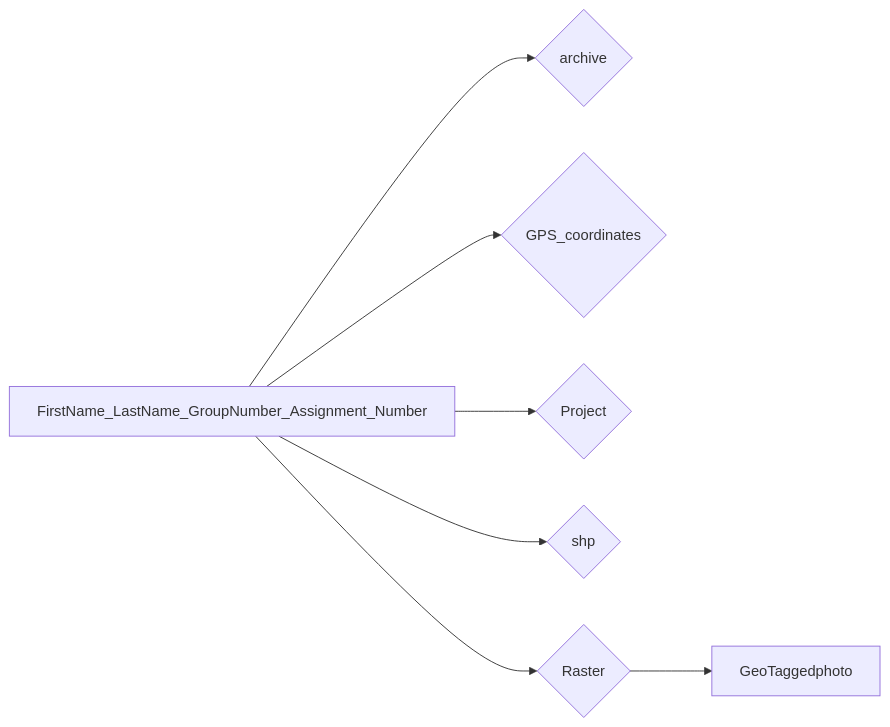
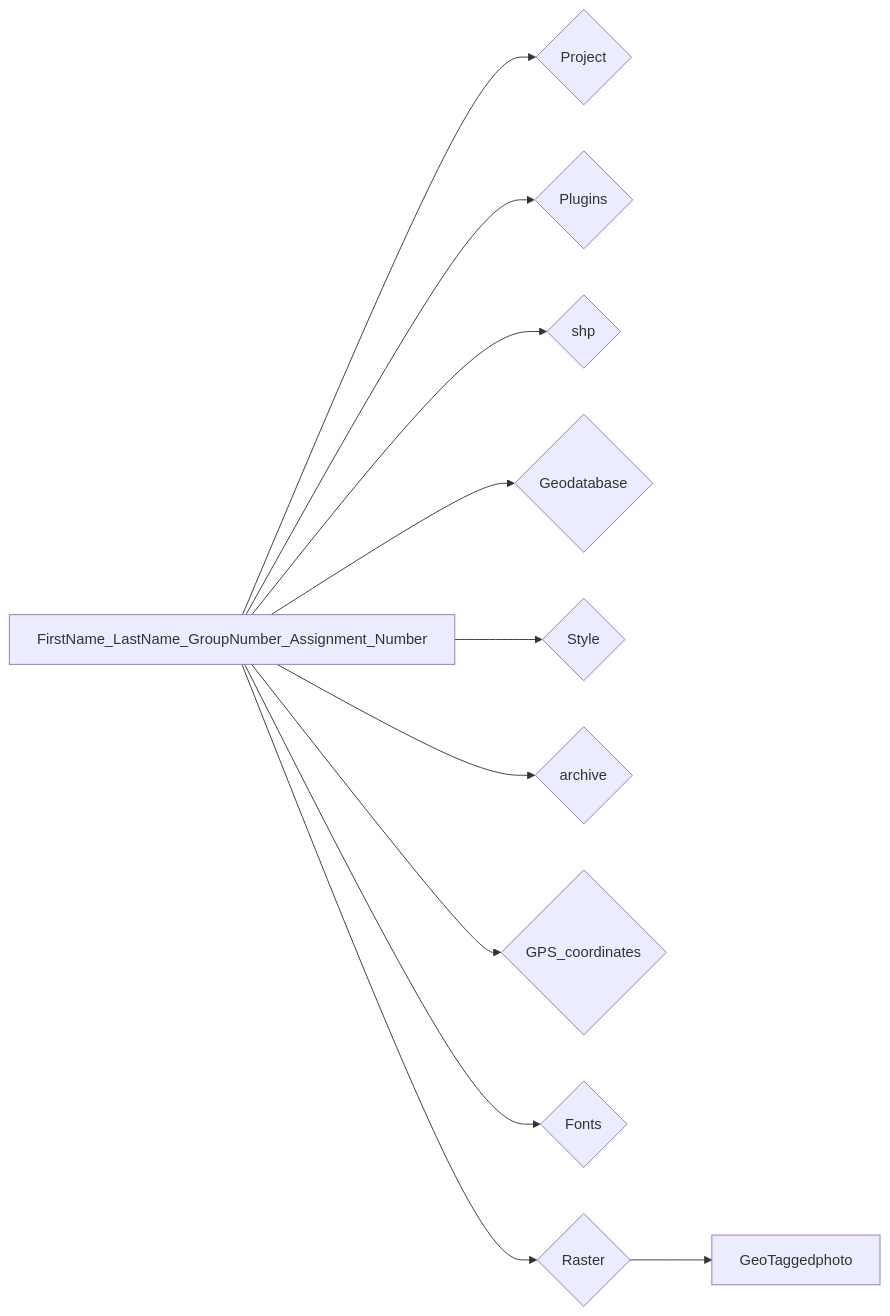
One commit to ezdanapak/GTU-GIS changed the diagram in docs/GIS_SKA/Lab/GPS.md. Above: the diagram before and after it, drawn with Mermaid. The commit also changed other lines of this file and 3 other files, not shown here.

````diff
--- a/docs/GIS_SKA/Lab/GPS.md
+++ b/docs/GIS_SKA/Lab/GPS.md
@@ -65,9 +78,14 @@
 ``` mermaid
 graph LR
-  A[FirstName_LastName_GroupNumber_Assignment_Number] --> B{archive};
-  A[FirstName_LastName_GroupNumber_Assignment_Number] --> C{GPS_coordinates};
-  A[FirstName_LastName_GroupNumber_Assignment_Number] --> D{Project};
-  A[FirstName_LastName_GroupNumber_Assignment_Number] --> E{shp};
-  A[FirstName_LastName_GroupNumber_Assignment_Number] --> F{Raster};
-  F --> J[GeoTaggedphoto];
+  A[FirstName_LastName_GroupNumber_Assignment_Number] --> B{Project};
+  A[FirstName_LastName_GroupNumber_Assignment_Number] --> C{Plugins};
+  A[FirstName_LastName_GroupNumber_Assignment_Number] --> D{shp};
+  A[FirstName_LastName_GroupNumber_Assignment_Number] --> E{Geodatabase};
+  A[FirstName_LastName_GroupNumber_Assignment_Number] --> F{Style};
+  A[FirstName_LastName_GroupNumber_Assignment_Number] --> G{archive};
+  A[FirstName_LastName_GroupNumber_Assignment_Number] --> H{GPS_coordinates};
+  A[FirstName_LastName_GroupNumber_Assignment_Number] --> I{Fonts};
+  A[FirstName_LastName_GroupNumber_Assignment_Number] --> J{Raster};
+  J --> K[GeoTaggedphoto];
+
 ```
````
